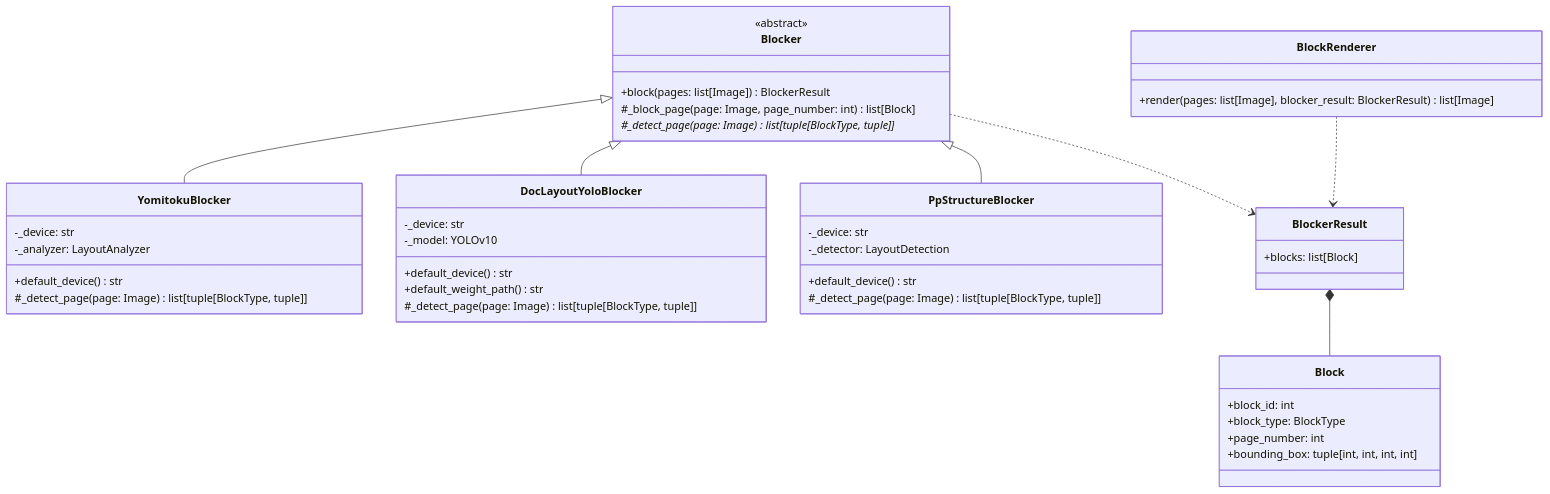
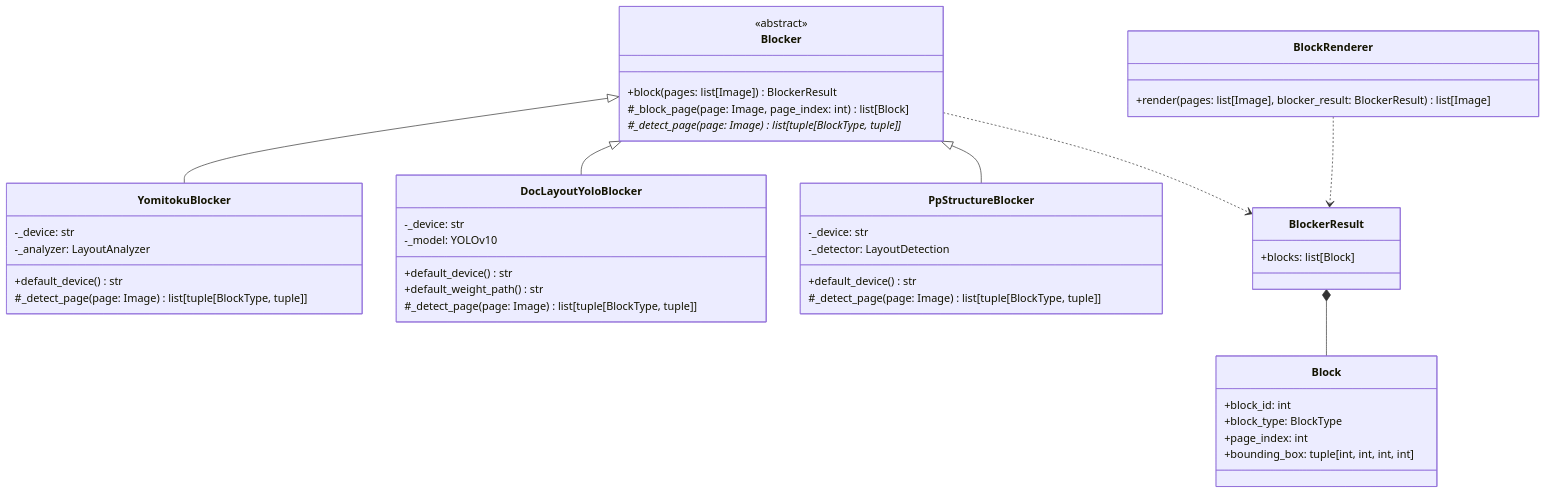
Before and after one commit to konbraphat51/SuperSuat: the first of 2 diagrams in Uploader/OcrModule/Blocked/Docs/Blocker.ja.md, drawn with Mermaid. The commit also changed other lines of this file and 19 other files, not shown here.

First line of the commit message:
refac: name every 0-indexed page variable page_index

````diff
--- a/Uploader/OcrModule/Blocked/Docs/Blocker.ja.md
+++ b/Uploader/OcrModule/Blocked/Docs/Blocker.ja.md
@@ -11,46 +11,46 @@
 ```mermaid
 classDiagram
     class Blocker {
         <<abstract>>
         +block(pages: list[Image]) BlockerResult
-        #_block_page(page: Image, page_number: int) list[Block]
+        #_block_page(page: Image, page_index: int) list[Block]
         #_detect_page(page: Image) list[tuple[BlockType, tuple]]*
     }
     class YomitokuBlocker {
         -_device: str
         -_analyzer: LayoutAnalyzer
         +default_device() str
         #_detect_page(page: Image) list[tuple[BlockType, tuple]]
     }
     class DocLayoutYoloBlocker {
         -_device: str
         -_model: YOLOv10
         +default_device() str
         +default_weight_path() str
         #_detect_page(page: Image) list[tuple[BlockType, tuple]]
     }
     class PpStructureBlocker {
         -_device: str
         -_detector: LayoutDetection
         +default_device() str
         #_detect_page(page: Image) list[tuple[BlockType, tuple]]
     }
     class BlockerResult {
         +blocks: list[Block]
     }
     class Block {
         +block_id: int
         +block_type: BlockType
-        +page_number: int
+        +page_index: int
         +bounding_box: tuple[int, int, int, int]
     }
     class BlockRenderer {
         +render(pages: list[Image], blocker_result: BlockerResult) list[Image]
     }
     Blocker <|-- YomitokuBlocker
     Blocker <|-- DocLayoutYoloBlocker
     Blocker <|-- PpStructureBlocker
     Blocker ..> BlockerResult
     BlockerResult *-- Block
     BlockRenderer ..> BlockerResult
 ```
````
